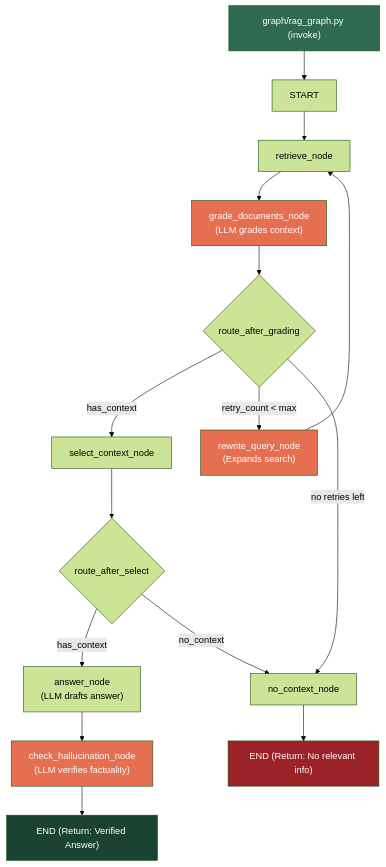
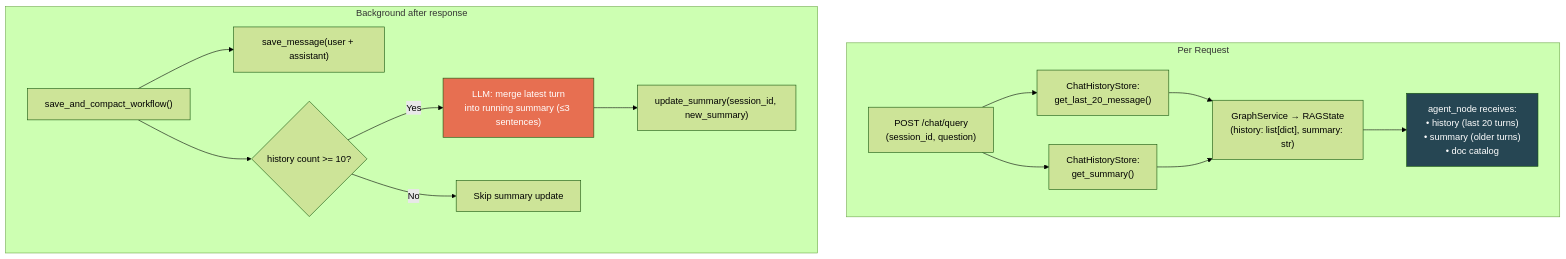
Before and after one commit to hasnatsakil/agentic-rag-service: the fourth of 4 diagrams in README.md, drawn with Mermaid (forest theme). The commit also changed other lines of this file and 19 other files, not shown here.

````diff
--- a/README.md
+++ b/README.md
@@ -235,35 +443,20 @@
 ```mermaid
 flowchart TD
-    A["graph/rag_graph.py (invoke)"] --> START["START"]
+    subgraph Per Request
+        R["POST /chat/query\n(session_id, question)"] --> HS["ChatHistoryStore:\nget_last_20_message()"]
+        R --> SS["ChatHistoryStore:\nget_summary()"]
+        HS & SS --> GS["GraphService → RAGState\n(history: list[dict], summary: str)"]
+        GS --> AG["agent_node receives:\n• history (last 20 turns)\n• summary (older turns)\n• doc catalog"]
+    end
 
-    START --> RET["retrieve_node"]
+    subgraph Background after response
+        BG["save_and_compact_workflow()"] --> SM["save_message(user + assistant)"]
+        BG --> CHK{"history count >= 10?"}
+        CHK -- Yes --> LLM_S["LLM: merge latest turn\ninto running summary (≤3 sentences)"]
+        LLM_S --> US["update_summary(session_id, new_summary)"]
+        CHK -- No --> SKIP["Skip summary update"]
+    end
 
-    RET --> GRADE["grade_documents_node
-(LLM grades context)"]
-    GRADE --> COND1{"route_after_grading"}
-
-    COND1 -->|has_context| SEL["select_context_node"]
-    COND1 -->|retry_count < max| REW["rewrite_query_node
-(Expands search)"]
-    COND1 -->|no retries left| NO_CTX["no_context_node"]
-
-    REW --> RET
-
-    SEL --> COND2{"route_after_select"}
-    COND2 -->|has_context| ANS["answer_node
-(LLM drafts answer)"]
-    COND2 -->|no_context| NO_CTX
-
-    ANS --> HALLUC["check_hallucination_node
-(LLM verifies factuality)"]
-
-    HALLUC --> END1["END (Return: Verified Answer)"]
-    NO_CTX --> END2["END (Return: No relevant info)"]
-
-    style A fill:#2d6a4f,color:#fff
-    style GRADE fill:#e76f51,color:#fff
-    style REW fill:#e76f51,color:#fff
-    style HALLUC fill:#e76f51,color:#fff
-    style END1 fill:#1b4332,color:#fff
-    style END2 fill:#9b2226,color:#fff
+    style AG fill:#264653,color:#fff
+    style LLM_S fill:#e76f51,color:#fff
 ```
````
